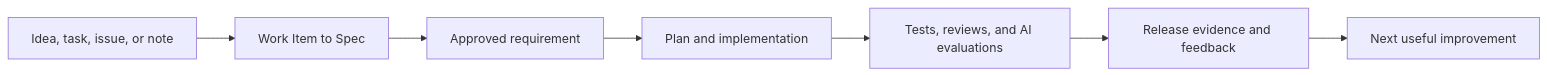
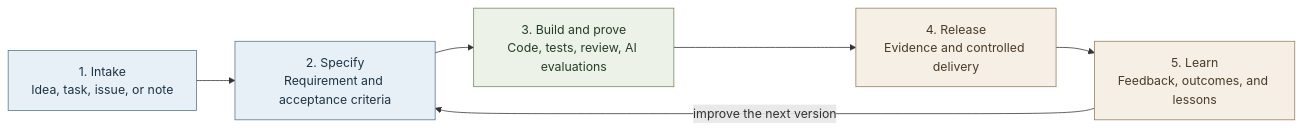
The diagram in README.md (ylgatatooine/Robbie), drawn with Mermaid before and after one commit.

Commit message:
Add feedback loop to workflow diagram

````diff
--- a/README.md
+++ b/README.md
@@ -15,9 +15,15 @@
 ```mermaid
 flowchart LR
-  A[Idea, task, issue, or note] --> B[Work Item to Spec]
-  B --> C[Approved requirement]
-  C --> D[Plan and implementation]
-  D --> E[Tests, reviews, and AI evaluations]
-  E --> F[Release evidence and feedback]
-  F --> G[Next useful improvement]
+  A[1. Intake<br/>Idea, task, issue, or note] --> B[2. Specify<br/>Requirement and acceptance criteria]
+  B --> C[3. Build and prove<br/>Code, tests, review, AI evaluations]
+  C --> D[4. Release<br/>Evidence and controlled delivery]
+  D --> E[5. Learn<br/>Feedback, outcomes, and lessons]
+  E -->|improve the next version| B
+
+  classDef intake fill:#E8F0F7,stroke:#54758F,color:#1D3445;
+  classDef build fill:#ECF2E8,stroke:#6F8963,color:#263E25;
+  classDef release fill:#F5EFE5,stroke:#957D5E,color:#4C3B29;
+  class A,B intake;
+  class C build;
+  class D,E release;
 ```
````
